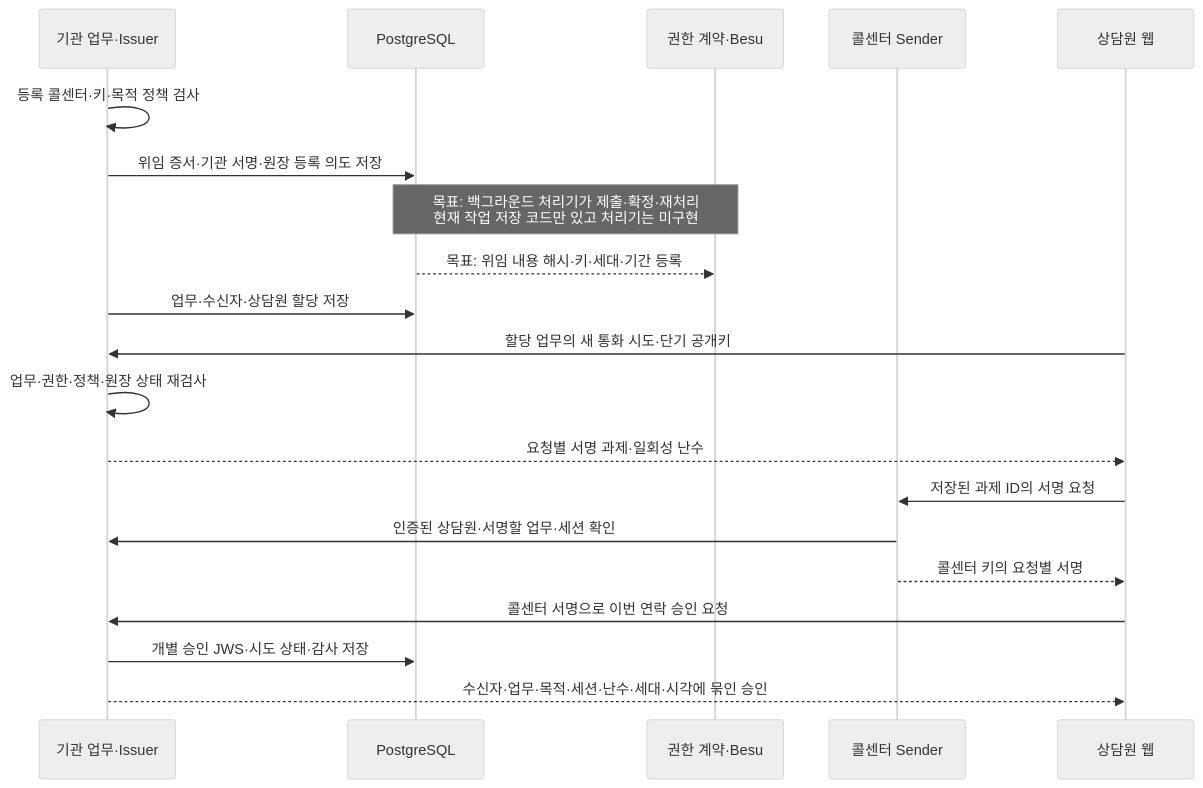
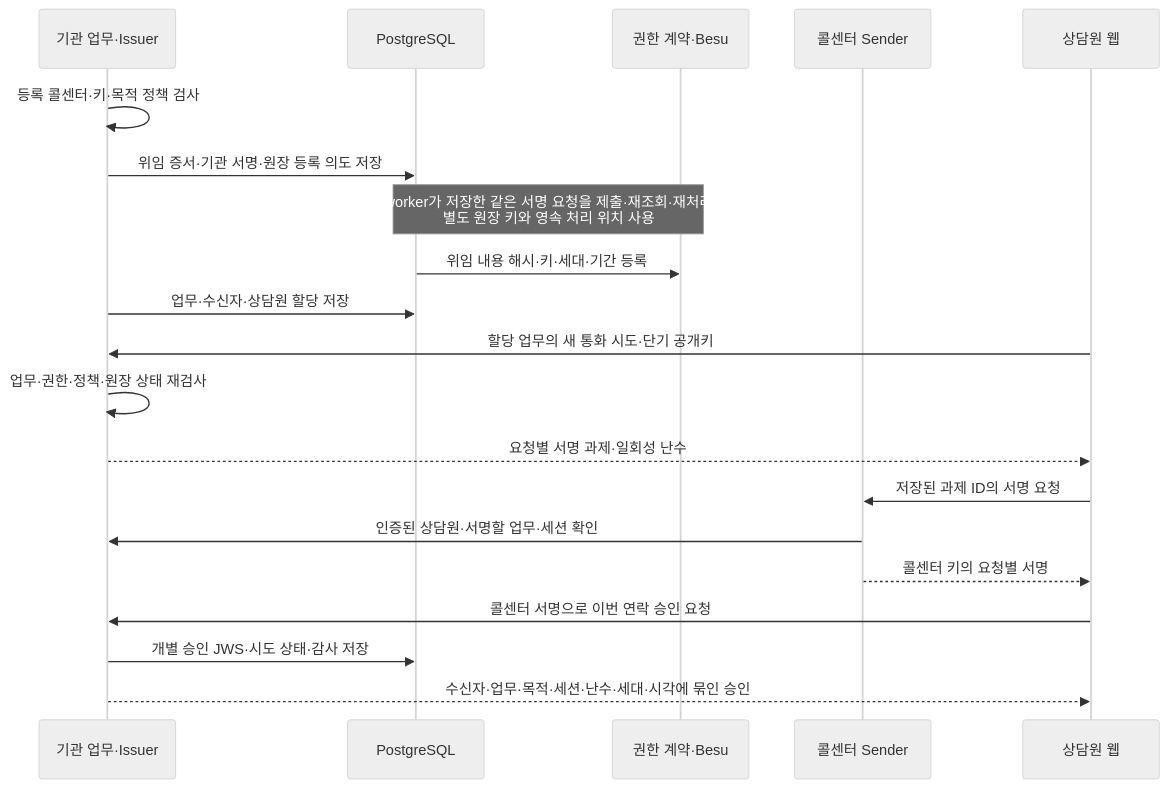
Before and after one commit to 0u-Y/CallSign: the first of 3 diagrams in docs/guide/03-CALL-FLOW.md, drawn with Mermaid (neutral theme). The commit also changed other lines of this file and 21 other files, not shown here.

````diff
--- a/docs/guide/03-CALL-FLOW.md
+++ b/docs/guide/03-CALL-FLOW.md
@@ -11,22 +11,22 @@
 ```mermaid
 sequenceDiagram
   participant I as 기관 업무·Issuer
   participant DB as PostgreSQL
   participant B as 권한 계약·Besu
   participant S as 콜센터 Sender
   participant A as 상담원 웹
   I->>I: 등록 콜센터·키·목적 정책 검사
   I->>DB: 위임 증서·기관 서명·원장 등록 의도 저장
-  Note over DB,B: 목표: 백그라운드 처리기가 제출·확정·재처리<br/>현재 작업 저장 코드만 있고 처리기는 미구현
-  DB-->>B: 목표: 위임 내용 해시·키·세대·기간 등록
+  Note over DB,B: worker가 저장한 같은 서명 요청을 제출·재조회·재처리<br/>별도 원장 키와 영속 처리 위치 사용
+  DB->>B: 위임 내용 해시·키·세대·기간 등록
   I->>DB: 업무·수신자·상담원 할당 저장
   A->>I: 할당 업무의 새 통화 시도·단기 공개키
   I->>I: 업무·권한·정책·원장 상태 재검사
   I-->>A: 요청별 서명 과제·일회성 난수
   A->>S: 저장된 과제 ID의 서명 요청
   S->>I: 인증된 상담원·서명할 업무·세션 확인
   S-->>A: 콜센터 키의 요청별 서명
   A->>I: 콜센터 서명으로 이번 연락 승인 요청
   I->>DB: 개별 승인 JWS·시도 상태·감사 저장
   I-->>A: 수신자·업무·목적·세션·난수·세대·시각에 묶인 승인
 ```
````
